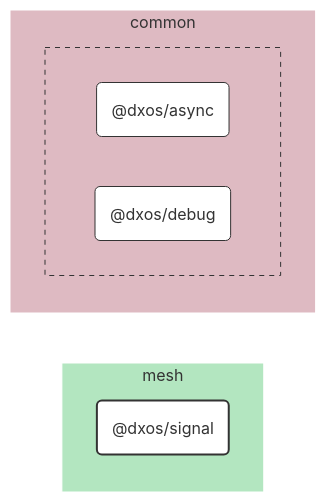
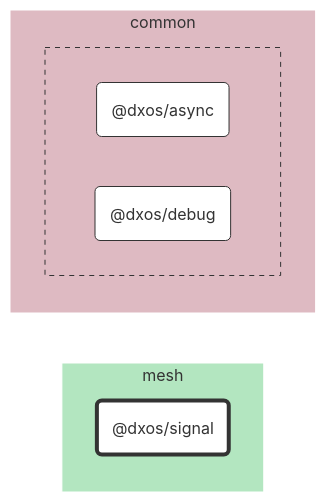
Before and after one commit to dxos/dxos: the diagram in packages/mesh/signal/docs/README.md, drawn with Mermaid. The commit also changed 104 other files, not shown here.

````diff
--- a/packages/mesh/signal/docs/README.md
+++ b/packages/mesh/signal/docs/README.md
@@ -7,41 +7,32 @@
 ```mermaid
 %%{ init: {'flowchart':{'curve':'basis'}} }%%
 
 flowchart LR
 
-%% Links
+%% Classes
+classDef def fill:#fff,stroke:#333,stroke-width:1px
+classDef root fill:#fff,stroke:#333,stroke-width:4px
 
-%% Sections
-subgraph mesh
-  style mesh fill:#b3e6c0,stroke:#fff;
+%% Nodes
 
-  dxos/signal("@dxos/signal")
+subgraph mesh [mesh]
+  style mesh fill:#b3e6c0,stroke:#fff
+  dxos/signal("@dxos/signal"):::root
+  click dxos/signal "dxos/dxos/tree/main/packages/mesh/signal/docs"
 end
 
-subgraph common
-  style common fill:#debac2,stroke:#fff;
-
+subgraph common [common]
+  style common fill:#debac2,stroke:#fff
 
   subgraph common-excluded [ ]
-    style common-excluded fill:#debac2,stroke:#333,stroke-dasharray:5 5;
-
-    dxos/async("@dxos/async")
-    dxos/debug("@dxos/debug")
+    style common-excluded fill:#debac2,stroke:#333,stroke-dasharray:5 5
+    dxos/async("@dxos/async"):::def
+    click dxos/async "dxos/dxos/tree/main/packages/common/async/docs"
+    dxos/debug("@dxos/debug"):::def
+    click dxos/debug "dxos/dxos/tree/main/packages/common/debug/docs"
   end
 end
 
-
-%% Hyperlinks
-click dxos/async "dxos/dxos/tree/main/packages/common/async/docs";
-click dxos/debug "dxos/dxos/tree/main/packages/common/debug/docs";
-
-%% Styles
-classDef rootNode fill:#fff,stroke:#333,stroke-width:2px
-classDef defaultNode fill:#fff,stroke:#333,stroke-width:1px
+%% Links
 linkStyle default stroke:#333,stroke-width:1px
-
-dxos/signal:::rootNode
-
-dxos/async:::defaultNode
-dxos/debug:::defaultNode
 ```
````
